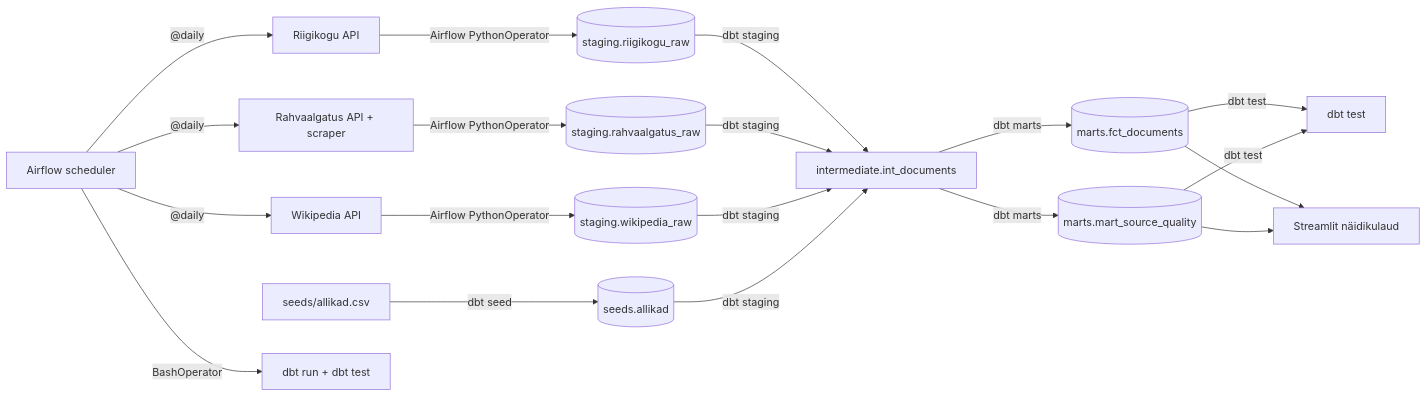
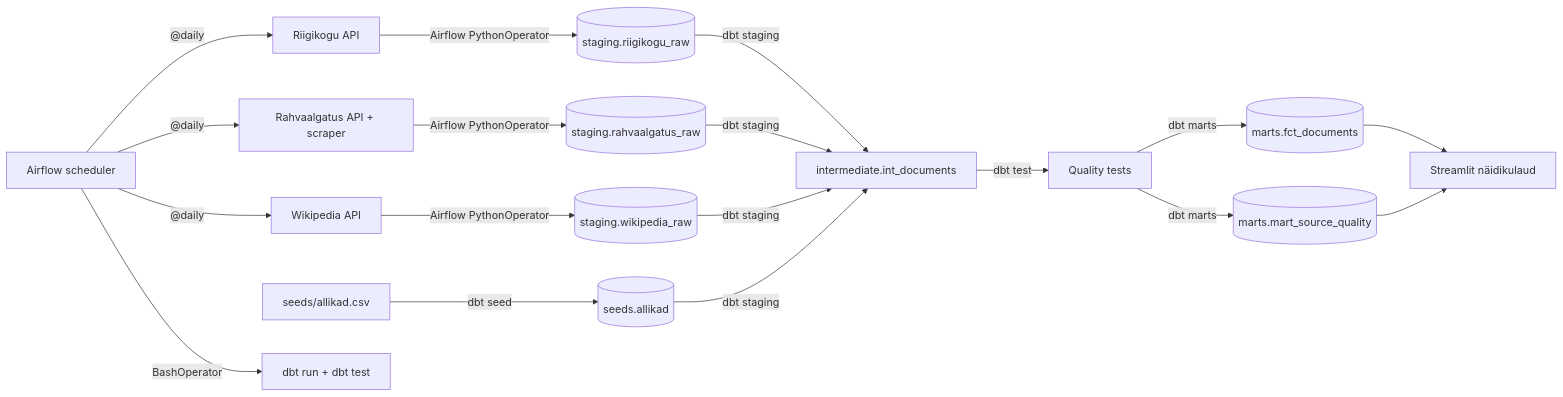
The diagram in docs/arhitektuur.md (eleriaedmaa/tekstiandmete_kvaliteet), drawn with Mermaid before and after one commit.

Commit message:
Joonise uuendus

````diff
--- a/docs/arhitektuur.md
+++ b/docs/arhitektuur.md
@@ -27,27 +27,25 @@
 ```mermaid
 flowchart LR
     csv[seeds/allikad.csv] -->|dbt seed| allikad[(seeds.allikad)]
 
     rk[Riigikogu API] -->|Airflow PythonOperator| rk_raw[(staging.riigikogu_raw)]
     ra[Rahvaalgatus API + scraper] -->|Airflow PythonOperator| ra_raw[(staging.rahvaalgatus_raw)]
     wp[Wikipedia API] -->|Airflow PythonOperator| wp_raw[(staging.wikipedia_raw)]
 
     rk_raw -->|dbt staging| int[intermediate.int_documents]
     ra_raw -->|dbt staging| int
     wp_raw -->|dbt staging| int
     allikad -->|dbt staging| int
 
-    int -->|dbt marts| fct[(marts.fct_documents)]
-    int -->|dbt marts| quality[(marts.mart_source_quality)]
-
-    fct -->|dbt test| tests[dbt test]
-    quality -->|dbt test| tests
+    int -->|dbt test| tests[Quality tests]
+    tests -->|dbt marts| fct[(marts.fct_documents)]
+    tests -->|dbt marts| quality[(marts.mart_source_quality)]
 
     fct --> dashboard[Streamlit näidikulaud]
     quality --> dashboard
 
     airflow[Airflow scheduler] -->|"@daily"| rk
     airflow -->|"@daily"| ra
     airflow -->|"@daily"| wp
     airflow -->|BashOperator| dbt[dbt run + dbt test]
 ```
````
